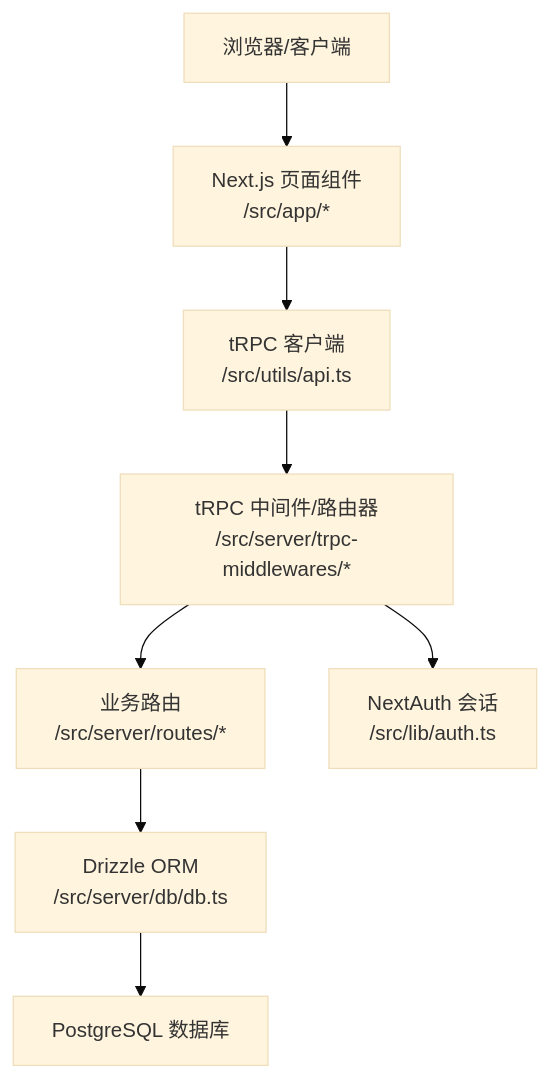
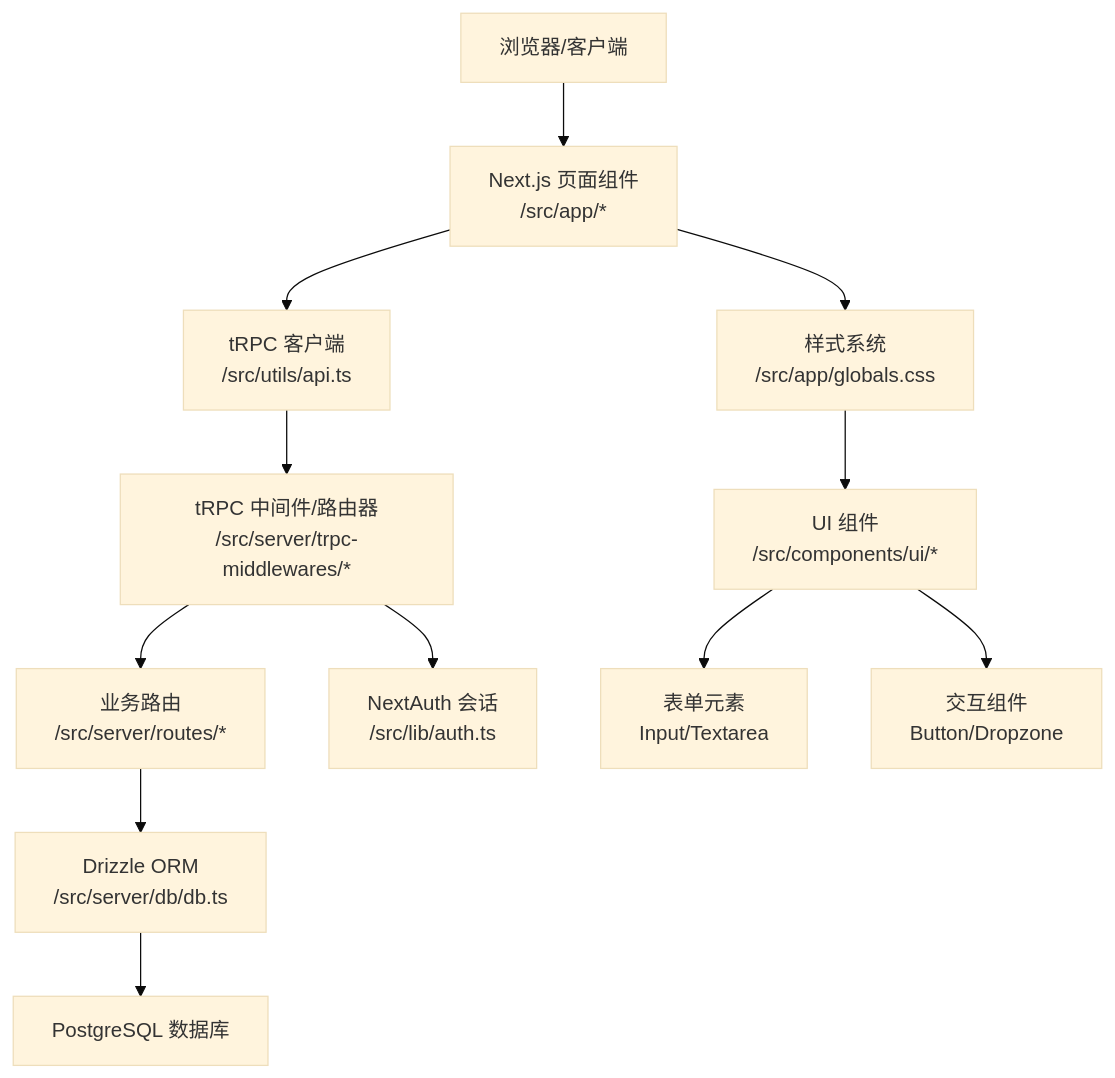
Before and after one commit to RadiumAg/image-saas: the second of 8 diagrams in .qoder/repowiki/zh/content/核心功能模块/应用管理系统.md, drawn with Mermaid (base theme). The commit also changed other lines of this file and 9 other files, not shown here.

````diff
--- a/.qoder/repowiki/zh/content/核心功能模块/应用管理系统.md
+++ b/.qoder/repowiki/zh/content/核心功能模块/应用管理系统.md
@@ -111,10 +145,14 @@
 ```mermaid
 graph TB
 Client["浏览器/客户端"] --> UI["Next.js 页面组件<br/>/src/app/*"]
 UI --> TClient["tRPC 客户端<br/>/src/utils/api.ts"]
 TClient --> TRPCMW["tRPC 中间件/路由器<br/>/src/server/trpc-middlewares/*"]
 TRPCMW --> Routes["业务路由<br/>/src/server/routes/*"]
 Routes --> DB["Drizzle ORM<br/>/src/server/db/db.ts"]
 DB --> PG["PostgreSQL 数据库"]
 TRPCMW --> Auth["NextAuth 会话<br/>/src/lib/auth.ts"]
+UI --> Styles["样式系统<br/>/src/app/globals.css"]
+Styles --> Components["UI 组件<br/>/src/components/ui/*"]
+Components --> FormElements["表单元素<br/>Input/Textarea"]
+Components --> Interaction["交互组件<br/>Button/Dropzone"]
 ```
````
